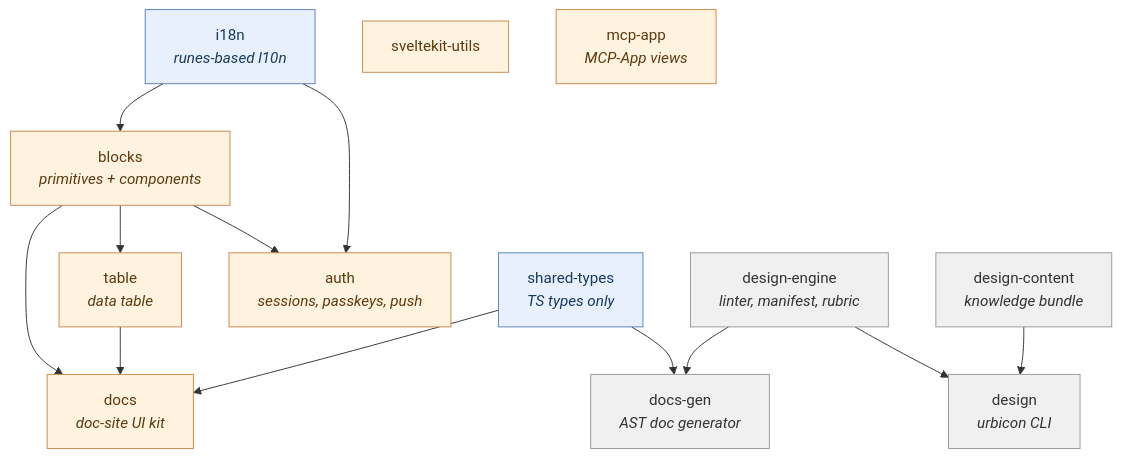
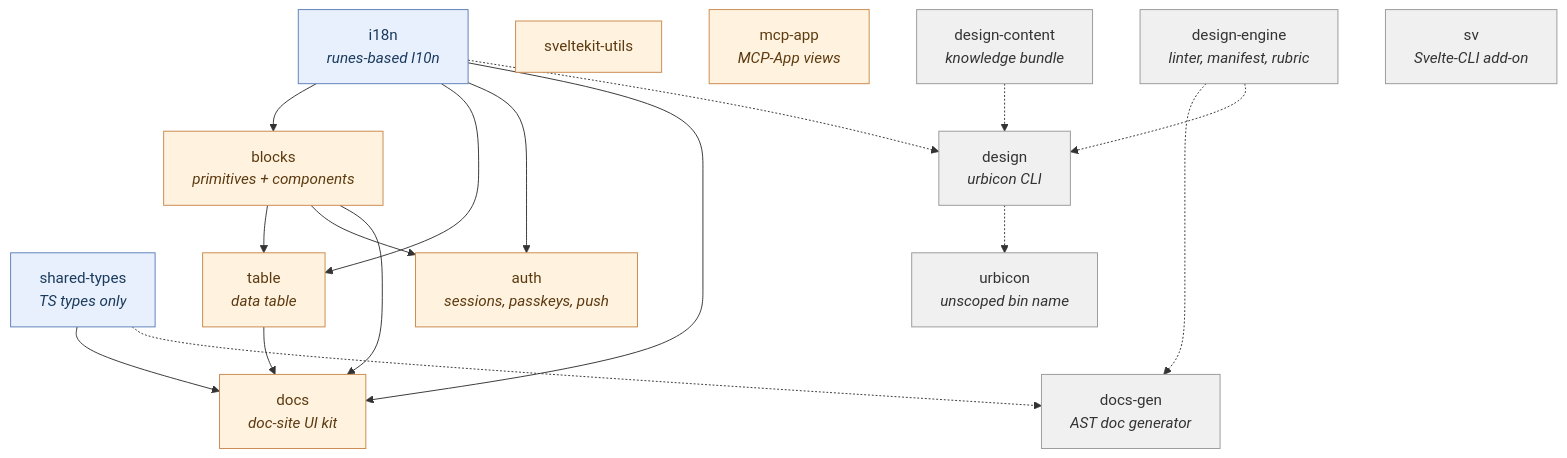
One commit to urbicon/ui changed the first of 5 diagrams in docs/ARCHITECTURE.md. Above: the diagram before and after it, drawn with Mermaid. The commit also changed other lines of this file and 19 other files, not shown here.

````diff
--- a/docs/ARCHITECTURE.md
+++ b/docs/ARCHITECTURE.md
@@ -32,34 +37,40 @@
 ```mermaid
 graph TD
     ST[shared-types<br/><i>TS types only</i>]
     I18N[i18n<br/><i>runes-based l10n</i>]
     BL[blocks<br/><i>primitives + components</i>]
     TB[table<br/><i>data table</i>]
     AU[auth<br/><i>sessions, passkeys, push</i>]
     SKU[sveltekit-utils]
     MCP[mcp-app<br/><i>MCP-App views</i>]
     DOCS[docs<br/><i>doc-site UI kit</i>]
     DG[docs-gen<br/><i>AST doc generator</i>]
     DE[design-engine<br/><i>linter, manifest, rubric</i>]
     DC[design-content<br/><i>knowledge bundle</i>]
     DES[design<br/><i>urbicon CLI</i>]
+    URB[urbicon<br/><i>unscoped bin name</i>]
+    SV[sv<br/><i>Svelte-CLI add-on</i>]
 
     I18N --> BL
+    I18N --> TB
+    I18N --> AU
+    I18N --> DOCS
     BL --> TB
     BL --> AU
-    I18N --> AU
     BL --> DOCS
     TB --> DOCS
     ST --> DOCS
-    ST --> DG
-    DE --> DG
-    DE --> DES
-    DC --> DES
+    ST -.-> DG
+    DE -.-> DG
+    DE -.-> DES
+    DC -.-> DES
+    I18N -.-> DES
+    DES -.-> URB
 
     classDef found fill:#e8f0fe,stroke:#5b7fb9,color:#1a3a5c
     classDef lib fill:#fff3e0,stroke:#c9884a,color:#5c3a10
     classDef tool fill:#f0f0f0,stroke:#999,color:#333
     class ST,I18N found
     class BL,TB,AU,SKU,MCP,DOCS lib
-    class DG,DE,DC,DES tool
+    class DG,DE,DC,DES,URB,SV tool
 ```
````
